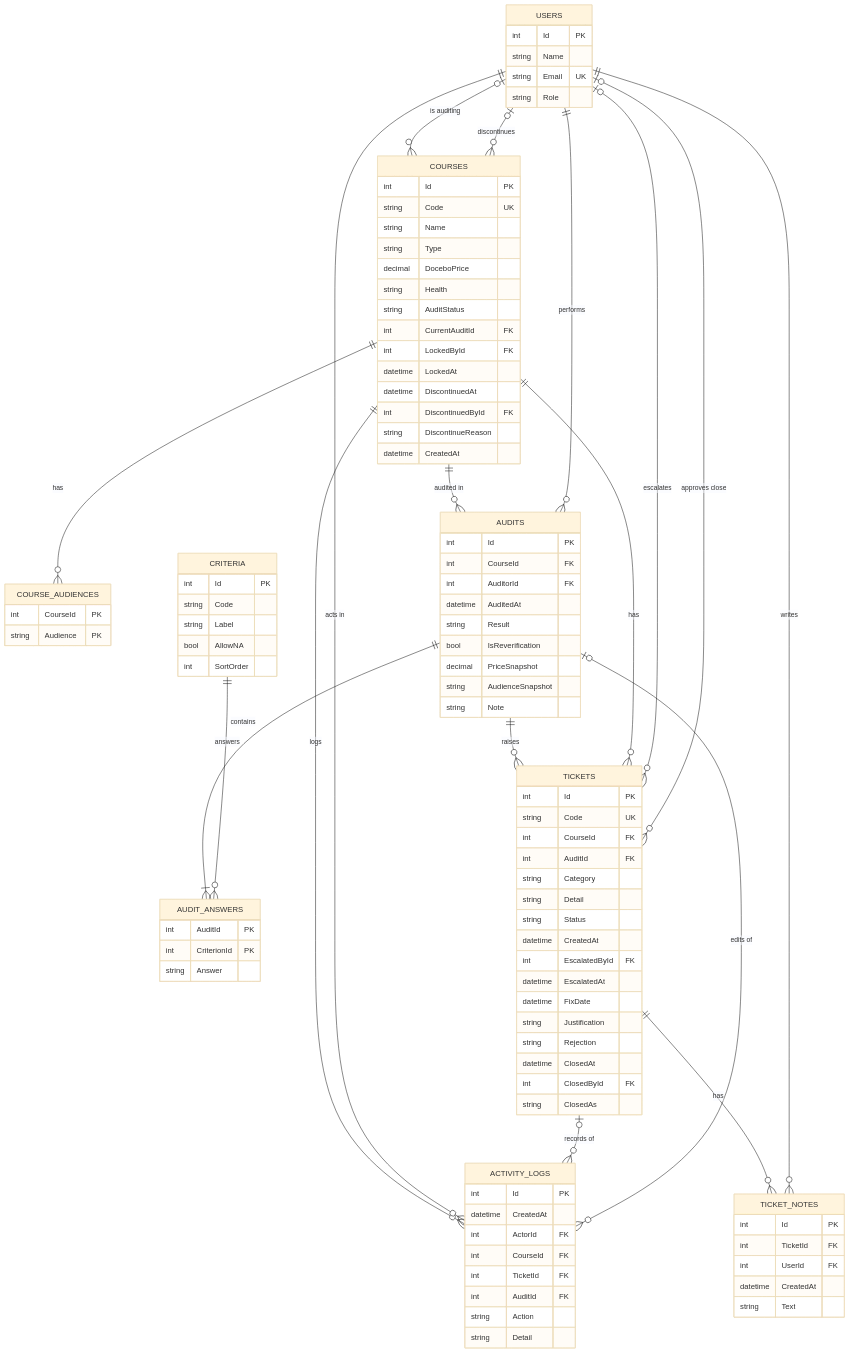
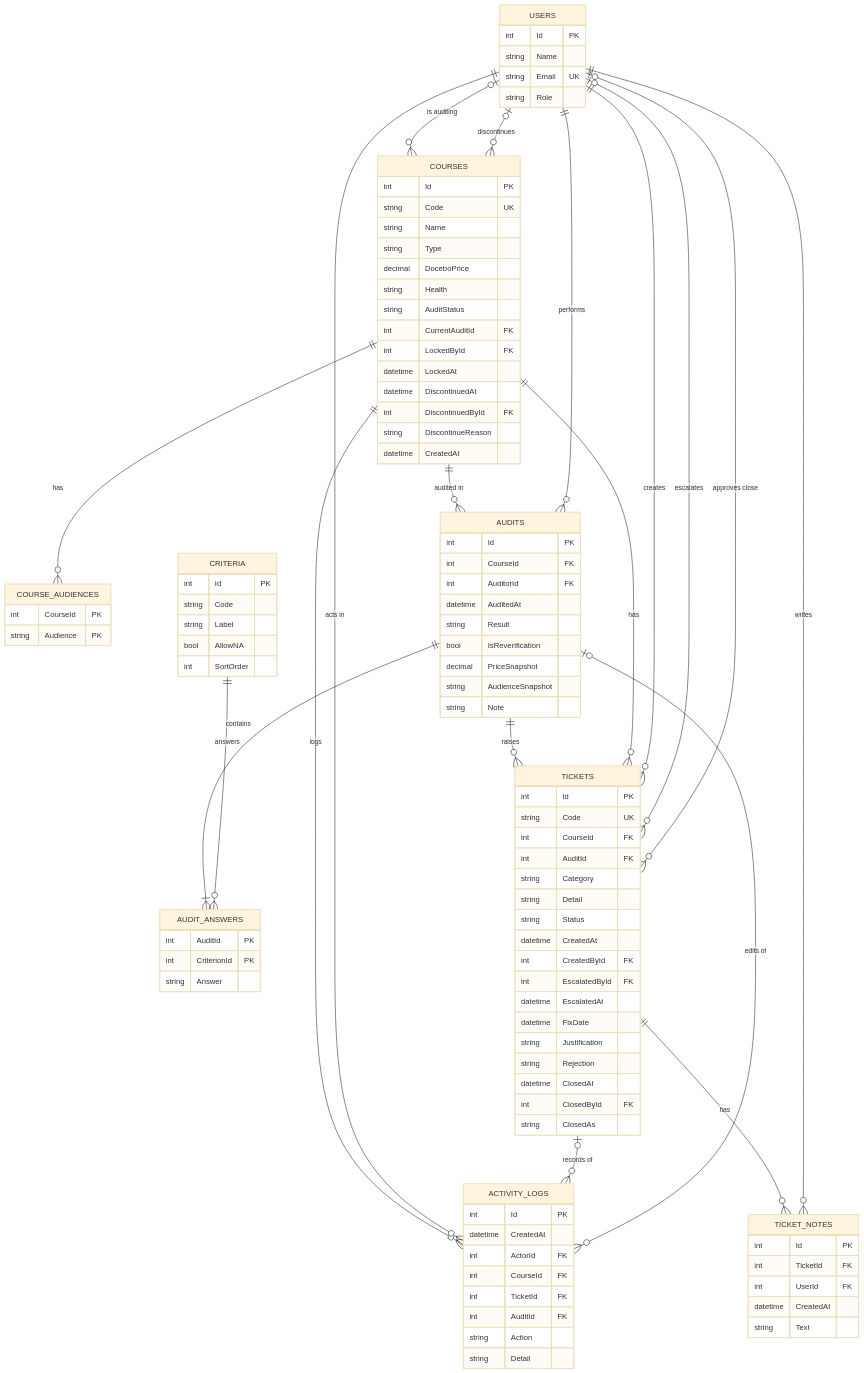
One commit to ahpou9512/course-audit-demo changed the diagram in database.md. Above: the diagram before and after it, drawn with Mermaid (base theme). The commit also changed other lines of this file and 1 other file, not shown here.

First line of the commit message:
Schema docs: ticket creator, add/edit/remove rules, abandoned audits

```diff
--- a/database.md
+++ b/database.md
@@ -13,6 +13,7 @@
   CRITERIA ||--o{ AUDIT_ANSWERS : answers
   AUDITS ||--o{ TICKETS : raises
   COURSES ||--o{ TICKETS : has
+  USERS ||--o{ TICKETS : creates
   USERS |o--o{ TICKETS : escalates
   USERS |o--o{ TICKETS : "approves close"
   USERS |o--o{ COURSES : "is auditing"
@@ -82,6 +83,7 @@
     string Detail
     string Status
     datetime CreatedAt
+    int CreatedById FK
     int EscalatedById FK
     datetime EscalatedAt
     datetime FixDate
```
